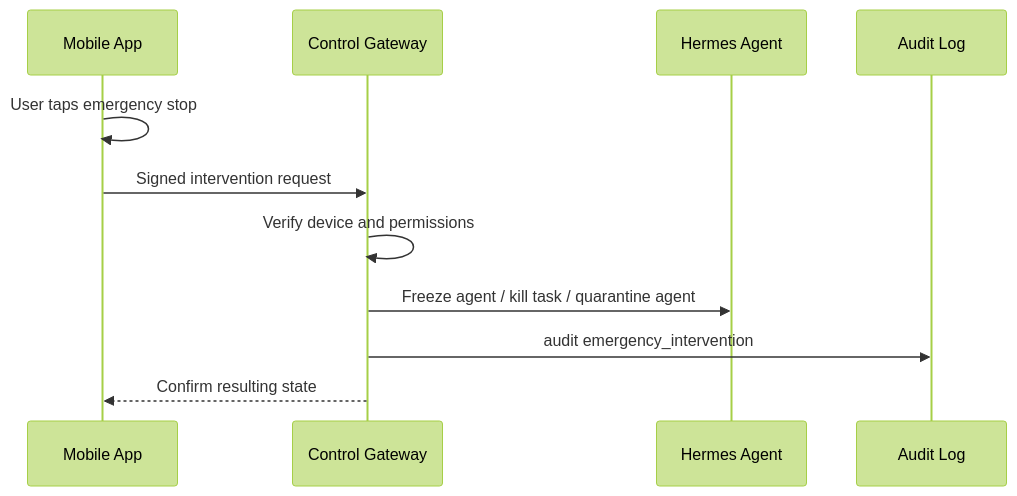
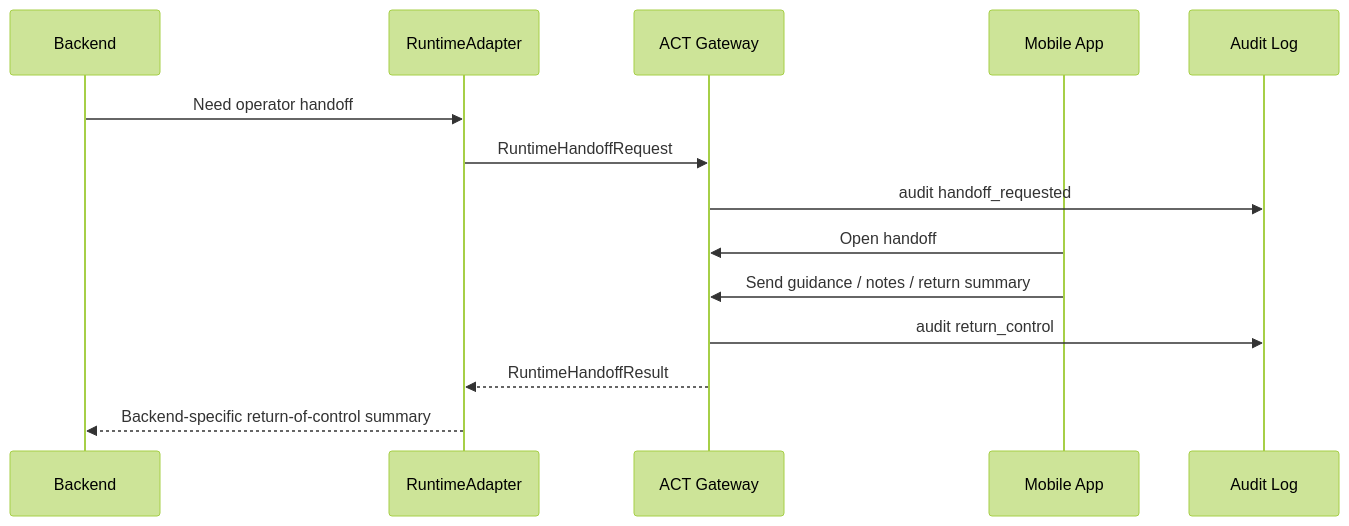
Before and after one commit to MahdiHedhli/HermesMobileCommand: the fifth of 5 diagrams in docs/architecture/system-architecture.md, drawn with Mermaid (forest theme). The commit also changed other lines of this file and 40 other files, not shown here.

````diff
--- a/docs/architecture/system-architecture.md
+++ b/docs/architecture/system-architecture.md
@@ -244,14 +242,17 @@
 ```mermaid
 sequenceDiagram
+  participant B as Backend
+  participant R as RuntimeAdapter
+  participant G as ACT Gateway
   participant M as Mobile App
-  participant G as Control Gateway
-  participant H as Hermes Agent
   participant A as Audit Log
 
-  M->>M: User taps emergency stop
-  M->>G: Signed intervention request
-  G->>G: Verify device and permissions
-  G->>H: Freeze agent / kill task / quarantine agent
-  G->>A: audit emergency_intervention
-  G-->>M: Confirm resulting state
+  B->>R: Need operator handoff
+  R->>G: RuntimeHandoffRequest
+  G->>A: audit handoff_requested
+  M->>G: Open handoff
+  M->>G: Send guidance / notes / return summary
+  G->>A: audit return_control
+  G-->>R: RuntimeHandoffResult
+  R-->>B: Backend-specific return-of-control summary
 ```
````
